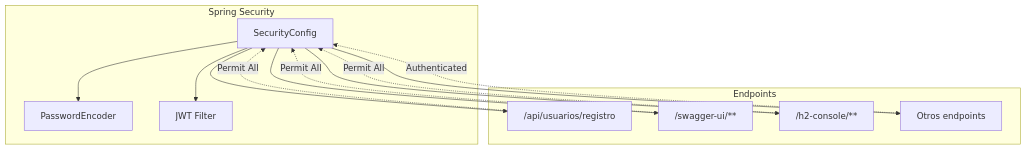
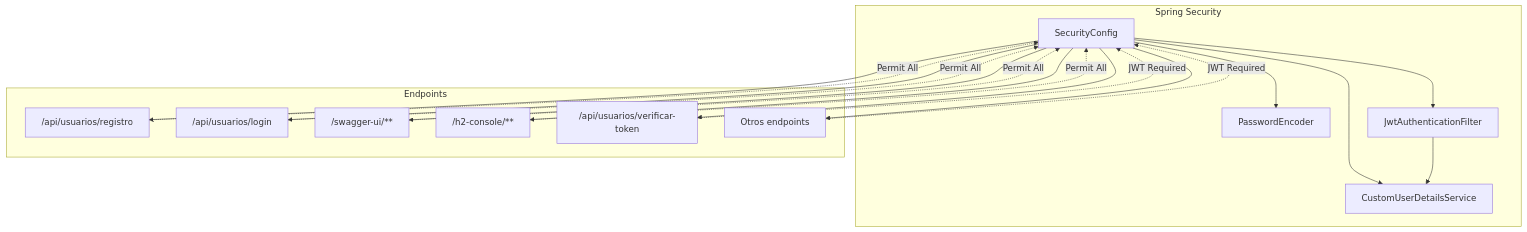
The fifth of 6 diagrams in README.md (pilon33/user-creation-nisum), drawn with Mermaid before and after one commit. The commit also changed other lines of this file and 9 other files, not shown here.

Commit message:
feat: implement JWT authentication with login endpoint,token verification, and complete security integration

````diff
--- a/README.md
+++ b/README.md
@@ -301,27 +304,37 @@
 ```mermaid
 graph TB
     subgraph "Spring Security"
         A[SecurityConfig]
         B[PasswordEncoder]
-        C[JWT Filter]
+        C[JwtAuthenticationFilter]
+        D[CustomUserDetailsService]
     end
 
    subgraph "Endpoints"
-      D["`/api/usuarios/registro`"]
-      E["`/swagger-ui/**`"]
-      F["`/h2-console/**`"]
-      G["Otros endpoints"]
+      E["`/api/usuarios/registro`"]
+      F["`/api/usuarios/login`"]
+      G["`/swagger-ui/**`"]
+      H["`/h2-console/**`"]
+      I["`/api/usuarios/verificar-token`"]
+      J["Otros endpoints"]
    end
     
     A --> B
     A --> C
     A --> D
     A --> E
     A --> F
     A --> G
+    A --> H
+    A --> I
+    A --> J
     
-    D -.->|Permit All| A
     E -.->|Permit All| A
     F -.->|Permit All| A
-    G -.->|Authenticated| A
+    G -.->|Permit All| A
+    H -.->|Permit All| A
+    I -.->|JWT Required| A
+    J -.->|JWT Required| A
+    
+    C --> D
 ```
````
